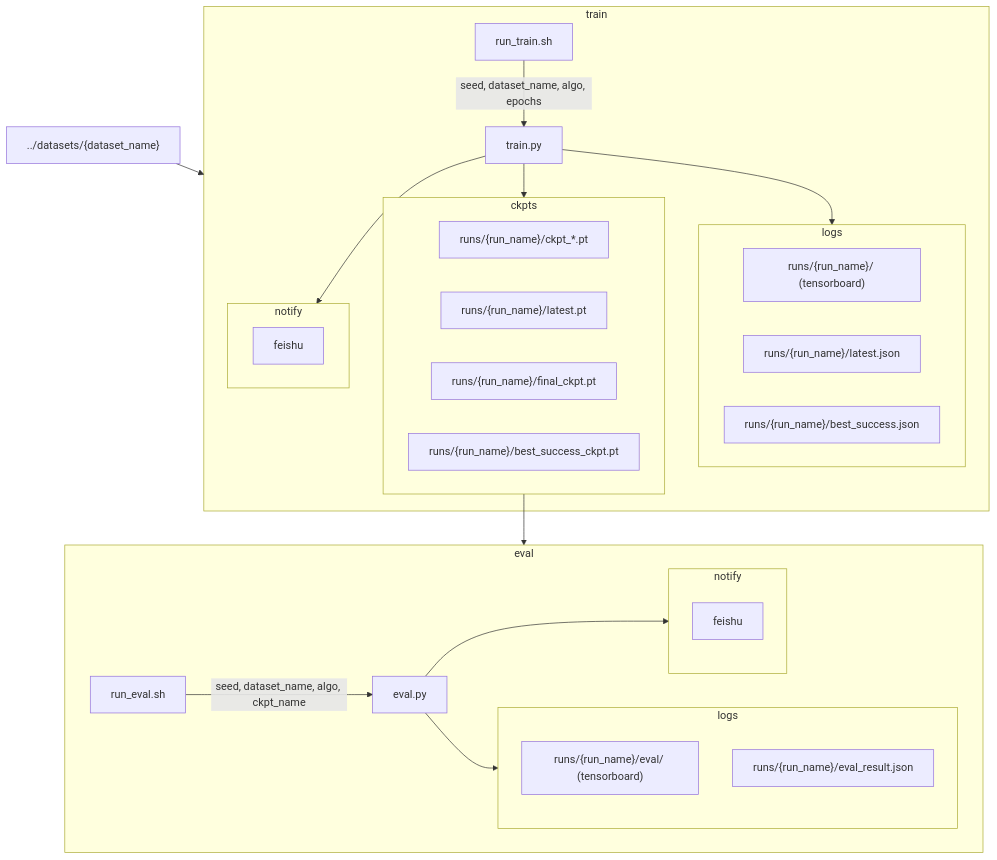
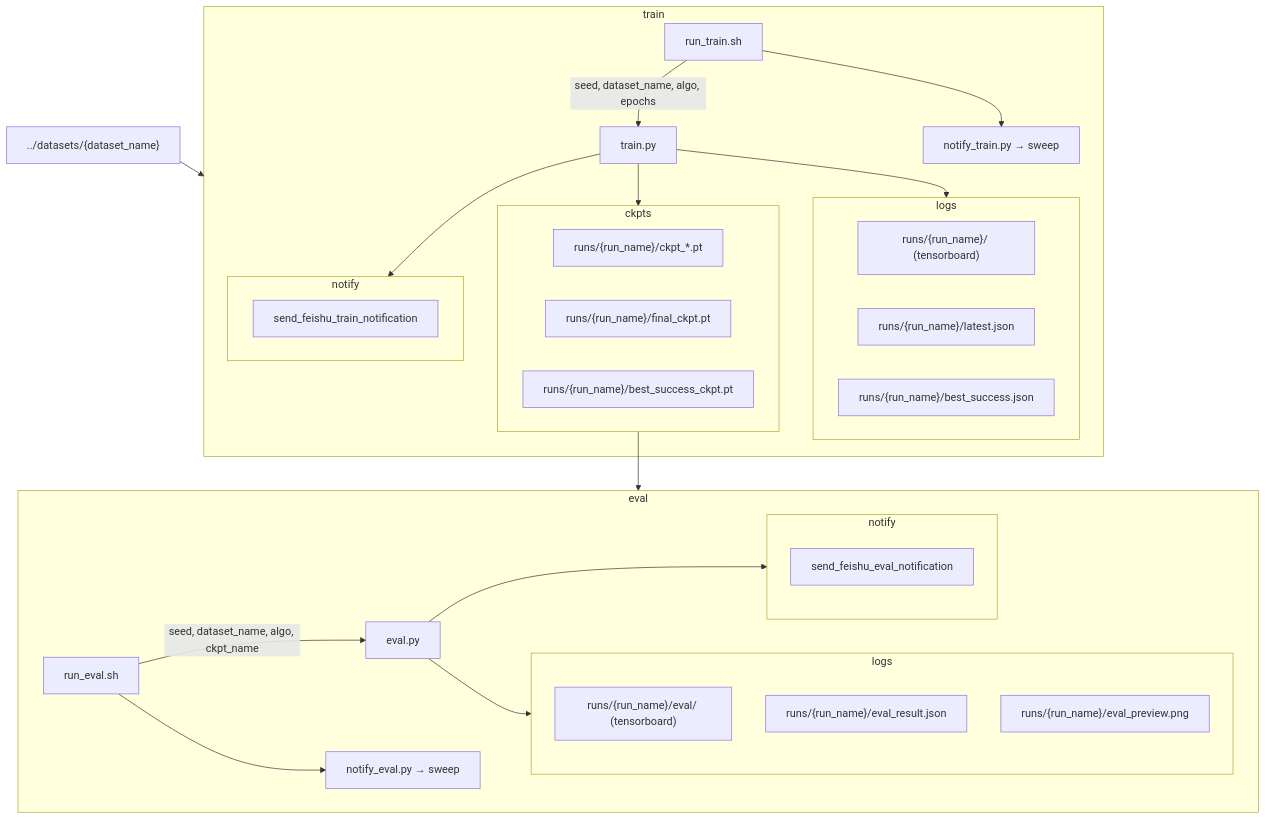
Before and after one commit to IBNBlank/maze_playground: the second of 4 diagrams in README.md, drawn with Mermaid. The commit also changed other lines of this file and 10 other files, not shown here.

````diff
--- a/README.md
+++ b/README.md
@@ -106,47 +106,51 @@
 ```mermaid
 flowchart TB
     dataset_data["../datasets/{dataset_name}"]
 
     dataset_data --> train
     subgraph train["train"]
         train_bash["run_train.sh"]
         train_bash --> |seed, dataset_name, algo, epochs| train_python["train.py"]
 
         train_python --> train_log
         subgraph train_log["logs"]
             train_log_tensorboard["runs/{run_name}/ (tensorboard)"]
             train_log_latest["runs/{run_name}/latest.json"]
             train_log_success["runs/{run_name}/best_success.json"]
         end
 
         train_python --> train_ckpt
         subgraph train_ckpt["ckpts"]
             train_ckpt_mid["runs/{run_name}/ckpt_*.pt"]
-            train_ckpt_latest["runs/{run_name}/latest.pt"]
             train_ckpt_final["runs/{run_name}/final_ckpt.pt"]
             train_ckpt_success["runs/{run_name}/best_success_ckpt.pt"]
         end
 
         train_python --> train_notify
         subgraph train_notify["notify"]
-            train_notify_feishu["feishu"]
+            train_notify_job["send_feishu_train_notification"]
         end
+
+        train_bash --> train_sweep["notify_train.py → sweep"]
     end
 
     train_ckpt --> eval
     subgraph eval["eval"]
         eval_bash["run_eval.sh"]
         eval_bash --> |seed, dataset_name, algo, ckpt_name| eval_python["eval.py"]
 
         eval_python --> eval_log
         subgraph eval_log["logs"]
             eval_log_tb["runs/{run_name}/eval/ (tensorboard)"]
             eval_log_result["runs/{run_name}/eval_result.json"]
+            eval_log_preview["runs/{run_name}/eval_preview.png"]
         end
 
         eval_python --> eval_notify
         subgraph eval_notify["notify"]
-            eval_notify_feishu["feishu"]
+            eval_notify_job["send_feishu_eval_notification"]
         end
+
+        eval_bash --> eval_sweep["notify_eval.py → sweep"]
     end
 ```
````
